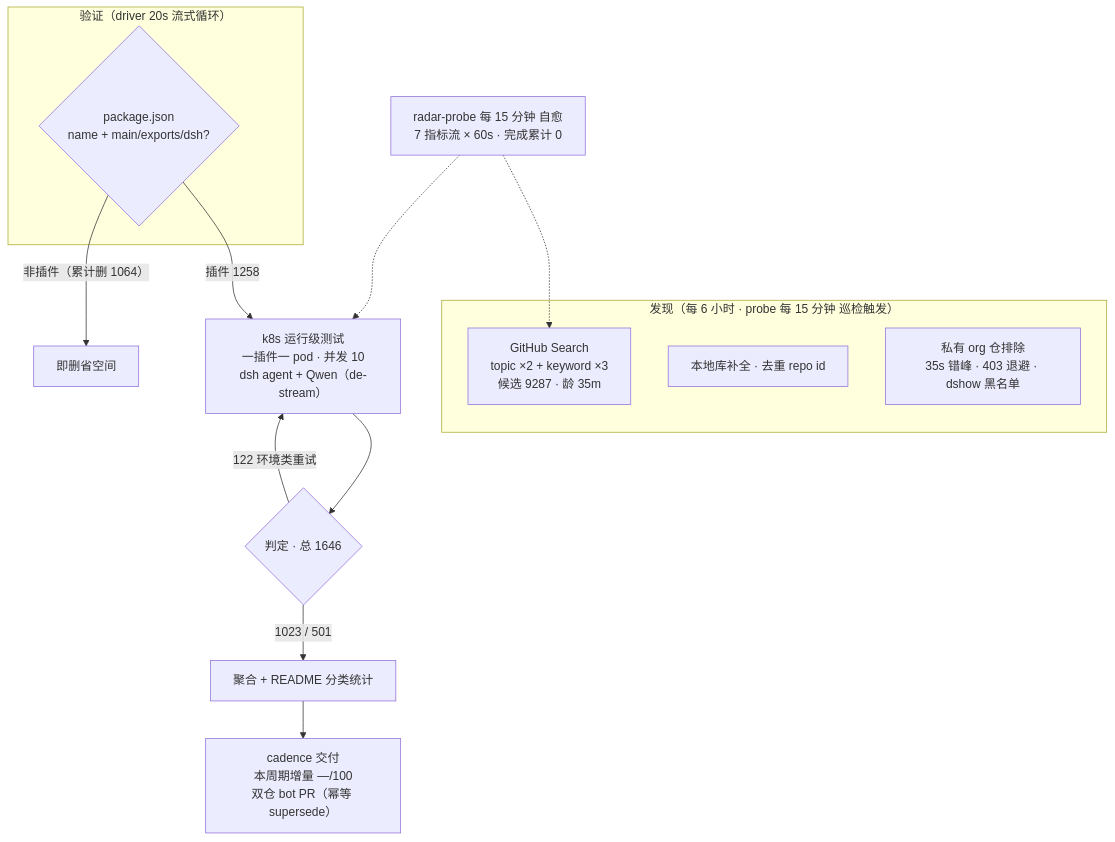
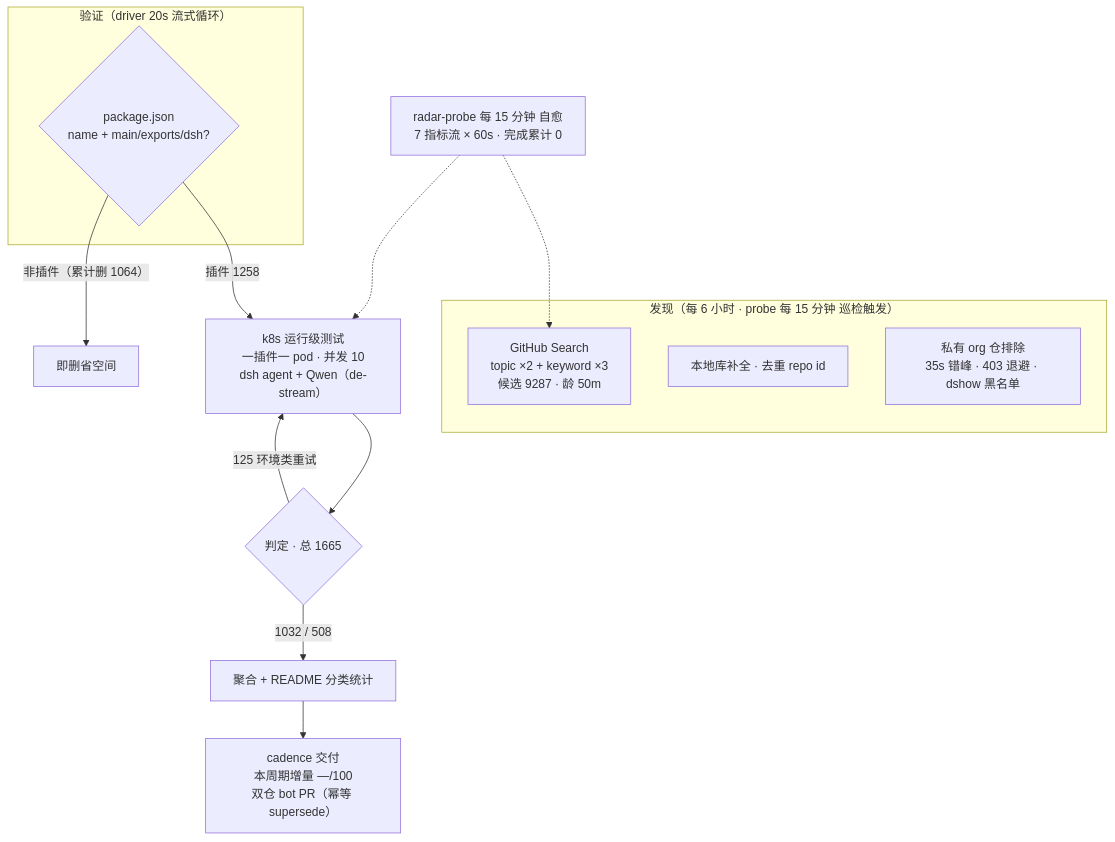
The diagram in README.md (Zhidao-Lab-OSS/awesome-dsh-plugins), drawn with Mermaid before and after one commit. The commit also changed other lines of this file and 1 other file, not shown here.

````diff
--- a/README.md
+++ b/README.md
@@ -37,19 +37,19 @@
 ```mermaid
 flowchart TB
     subgraph Discovery[" 发现（每 6 小时 · probe 每 15 分钟 巡检触发）"]
-        A1["GitHub Search<br/>topic ×2 + keyword ×3<br/>候选 9287 · 龄 35m"]
+        A1["GitHub Search<br/>topic ×2 + keyword ×3<br/>候选 9287 · 龄 50m"]
         A2["本地库补全 · 去重 repo id"]
         A3[" 私有 org 仓排除<br/>35s 错峰 · 403 退避 · dshow 黑名单"]
     end
     subgraph Validation[" 验证（driver 20s 流式循环）"]
         B1{"package.json<br/>name + main/exports/dsh?"}
     end
     B1 -->|"插件 1258"| C1["k8s 运行级测试<br/>一插件一 pod · 并发 10<br/>dsh agent + Qwen（de-stream）"]
     B1 -->|"非插件（累计删 1064）"| B3[" 即删省空间"]
-    C1 --> D1{"判定 · 总 1646"}
-    D1 -->|" 1023 /  501"| E1["聚合 + README 分类统计"]
-    D1 -->|" 122 环境类重试"| C1
+    C1 --> D1{"判定 · 总 1665"}
+    D1 -->|" 1032 /  508"| E1["聚合 + README 分类统计"]
+    D1 -->|" 125 环境类重试"| C1
     E1 --> E2["cadence 交付<br/>本周期增量 —/100<br/>双仓 bot PR（幂等 supersede）"]
     M[" radar-probe 每 15 分钟 自愈<br/>7 指标流 × 60s · 完成累计 0"] -.-> A1
     M -.-> C1
 ```
````
